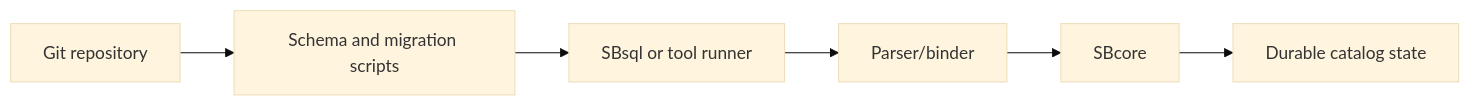
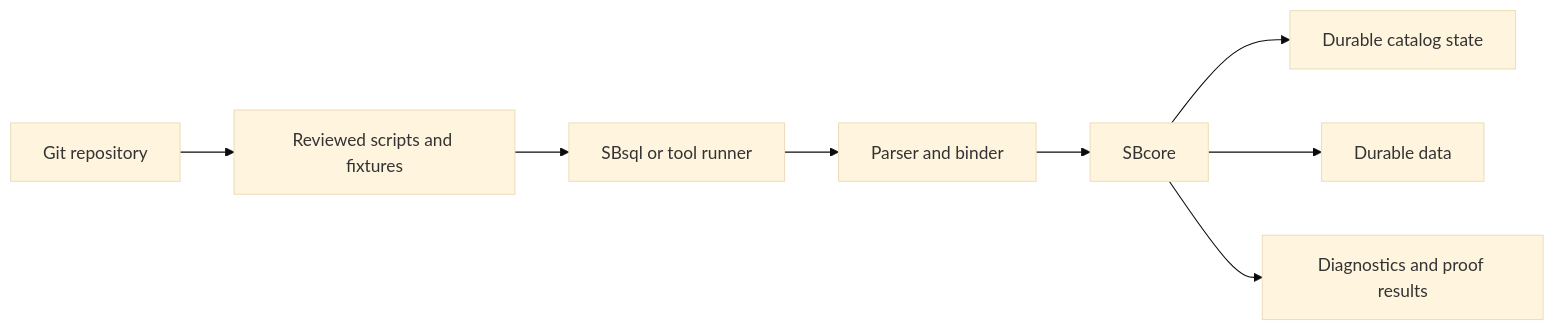
The diagram in docs/documentation/draft/Getting_Started/architecture/git_support.md (scratchbird-software-inc/ScratchBird), drawn with Mermaid (base theme) before and after one commit. The commit also changed other lines of this file and 23 other files, not shown here.

````diff
--- a/docs/documentation/draft/Getting_Started/architecture/git_support.md
+++ b/docs/documentation/draft/Getting_Started/architecture/git_support.md
@@ -37,8 +11,19 @@
 ```mermaid
 flowchart LR
-    Repo[Git repository] --> Scripts[Schema and migration scripts]
-    Scripts --> Tool[SBsql or tool runner]
-    Tool --> Parser[Parser/binder]
-    Parser --> Engine[SBcore]
-    Engine --> Catalog[Durable catalog state]
+    Repo[Git repository]
+    Scripts[Reviewed scripts and fixtures]
+    Runner[SBsql or tool runner]
+    Parser[Parser and binder]
+    Engine[SBcore]
+    Catalog[Durable catalog state]
+    Data[Durable data]
+    Diagnostics[Diagnostics and proof results]
+
+    Repo --> Scripts
+    Scripts --> Runner
+    Runner --> Parser
+    Parser --> Engine
+    Engine --> Catalog
+    Engine --> Data
+    Engine --> Diagnostics
 ```
````
